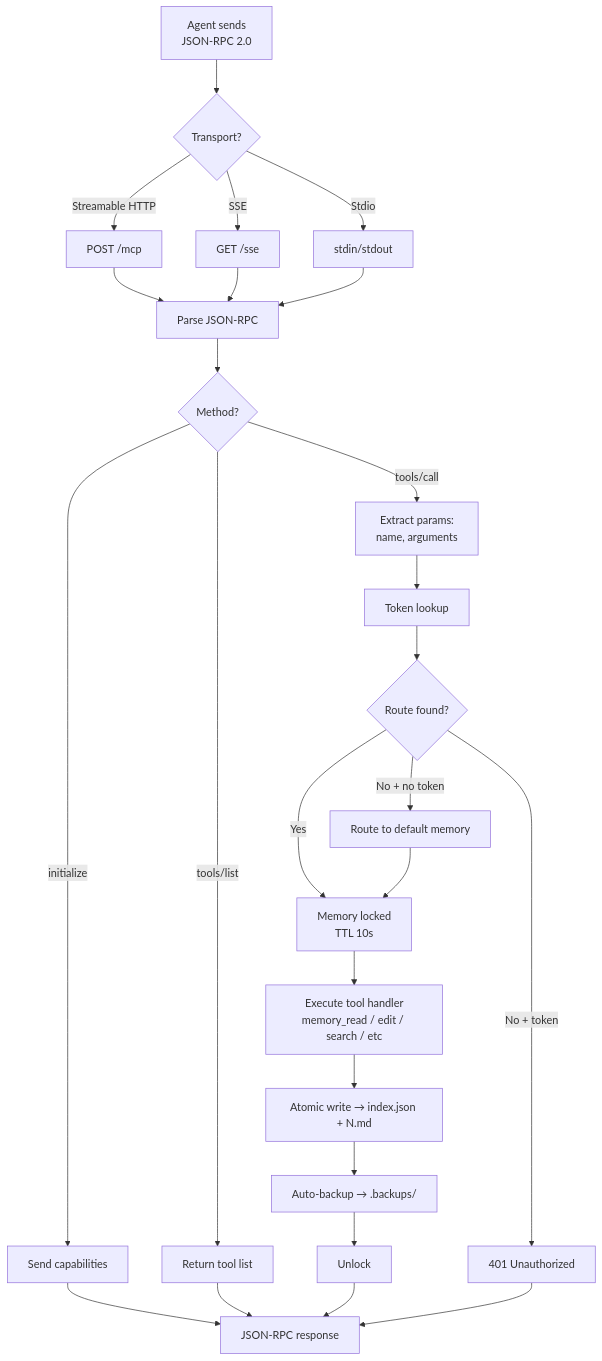
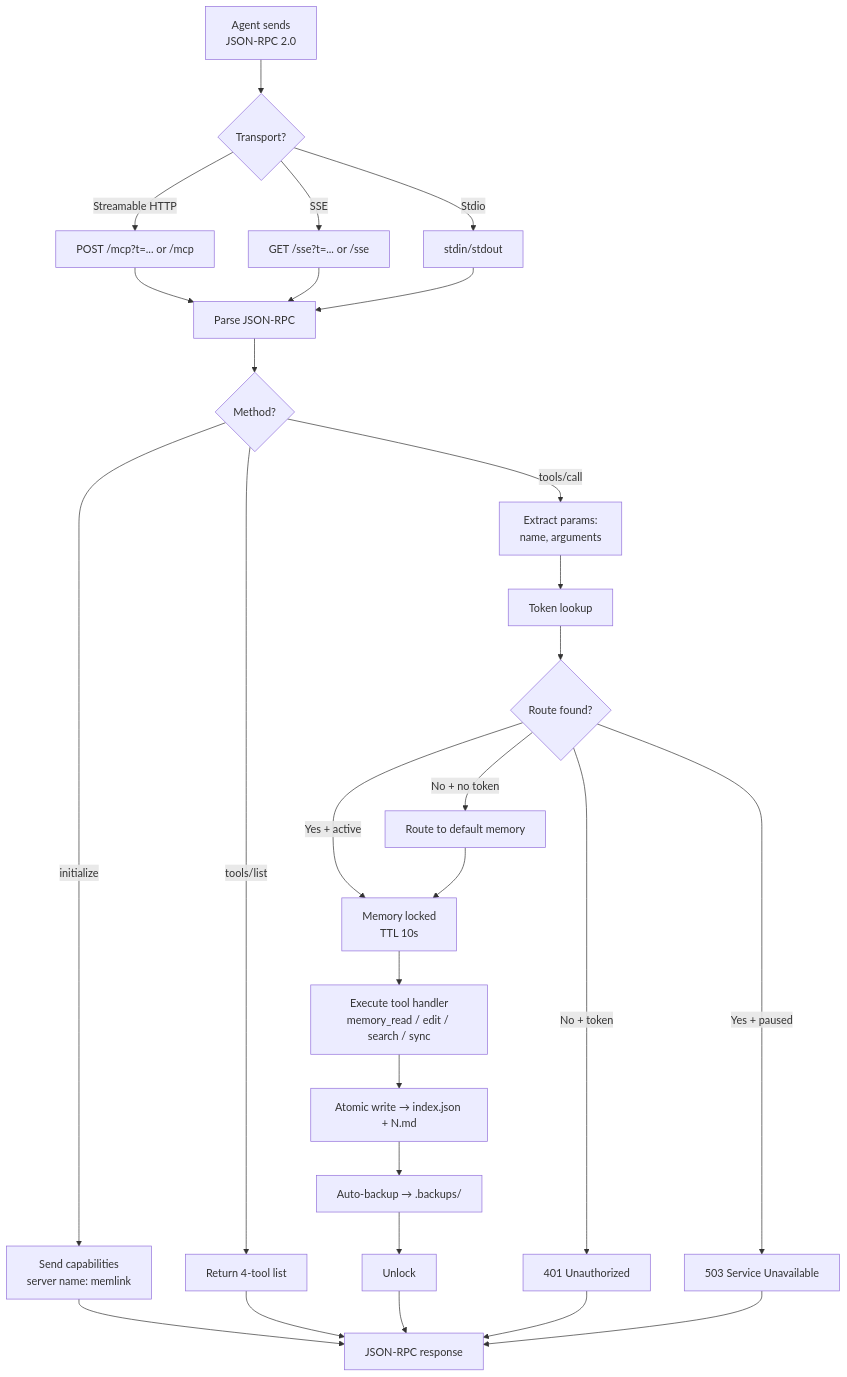
Before and after one commit to rblez/memlink: the first of 2 diagrams in docs/server.md, drawn with Mermaid. The commit also changed other lines of this file and 17 other files, not shown here.

````diff
--- a/docs/server.md
+++ b/docs/server.md
@@ -13,28 +19,30 @@
 ```mermaid
 flowchart TD
     A[Agent sends<br/>JSON-RPC 2.0] --> B{Transport?}
-    B -->|Streamable HTTP| C[POST /mcp]
-    B -->|SSE| D[GET /sse]
+    B -->|Streamable HTTP| C[POST /mcp?t=... or /mcp]
+    B -->|SSE| D[GET /sse?t=... or /sse]
     B -->|Stdio| E[stdin/stdout]
     C --> F[Parse JSON-RPC]
     D --> F
     E --> F
     F --> G{Method?}
-    G -->|initialize| H[Send capabilities]
-    G -->|tools/list| I[Return tool list]
+    G -->|initialize| H[Send capabilities<br/>server name: memlink]
+    G -->|tools/list| I[Return 4-tool list]
     G -->|tools/call| J[Extract params:<br/>name, arguments]
     H --> K[JSON-RPC response]
     I --> K
     J --> L[Token lookup]
     L --> M{Route found?}
     M -->|No + no token| N[Route to default memory]
     M -->|No + token| O[401 Unauthorized]
-    M -->|Yes| P[Memory locked<br/>TTL 10s]
-    N --> P
-    P --> Q[Execute tool handler<br/>memory_read / edit / search / etc]
-    Q --> R[Atomic write → index.json + N.md]
-    R --> S[Auto-backup → .backups/]
-    S --> T[Unlock]
-    T --> K
+    M -->|Yes + paused| P[503 Service Unavailable]
+    M -->|Yes + active| Q[Memory locked<br/>TTL 10s]
+    N --> Q
+    Q --> R[Execute tool handler<br/>memory_read / edit / search / sync]
+    R --> S[Atomic write → index.json + N.md]
+    S --> T[Auto-backup → .backups/]
+    T --> U[Unlock]
+    U --> K
     O --> K
+    P --> K
 ```
````
